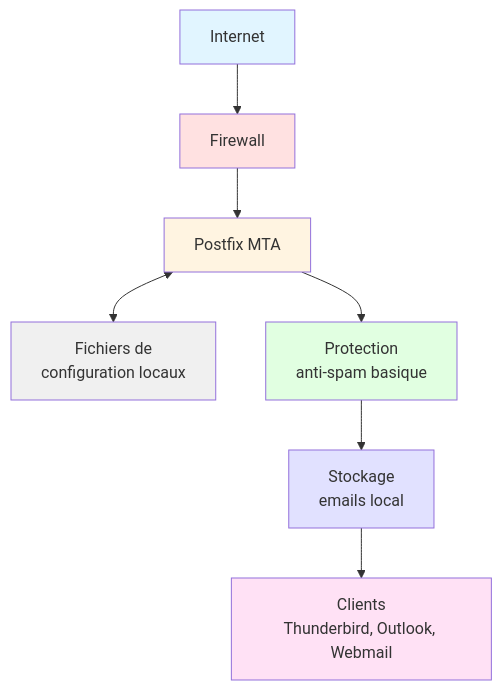
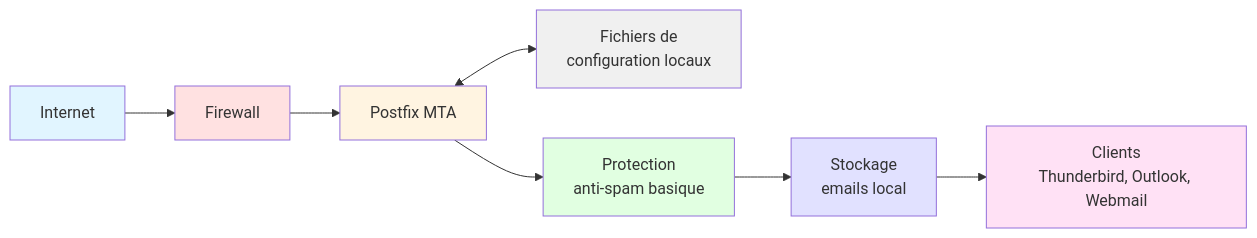
The diagram in pages/01-introduction-postfix.md (JSurquin/postfix), drawn with Mermaid before and after one commit.

Commit message:
update slides

````diff
--- a/pages/01-introduction-postfix.md
+++ b/pages/01-introduction-postfix.md
@@ -195,17 +195,17 @@
 ```mermaid
-graph TB
+graph LR
     A[Internet] --> B[Firewall]
     B --> C[Postfix MTA]
     C <--> D[Fichiers de<br/>configuration locaux]
     C --> E[Protection<br/>anti-spam basique]
     E --> F[Stockage<br/>emails local]
     F --> G[Clients<br/>Thunderbird, Outlook, Webmail]
     
     style A fill:#e1f5ff
     style B fill:#ffe1e1
     style C fill:#fff4e1
     style D fill:#f0f0f0
     style E fill:#e1ffe1
     style F fill:#e1e1ff
     style G fill:#ffe1f5
 ```
````
